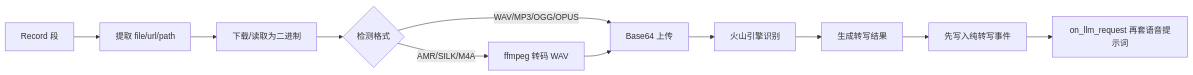
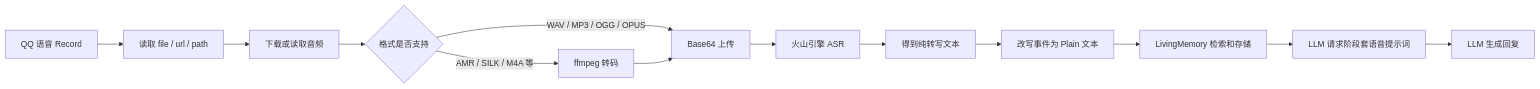
The diagram in README.md (Ayleovelle/astrbot_plugin_volcengine_asr), drawn with Mermaid before and after one commit. The commit also changed other lines of this file and 3 other files, not shown here.

````diff
--- a/README.md
+++ b/README.md
@@ -299,13 +139,15 @@
 ```mermaid
 flowchart LR
-    A[Record 段] --> B[提取 file/url/path]
-    B --> C[下载/读取为二进制]
-    C --> D{检测格式}
-    D -->|WAV/MP3/OGG/OPUS| E[Base64 上传]
-    D -->|AMR/SILK/M4A| F[ffmpeg 转码 WAV]
+    A[QQ 语音 Record] --> B[读取 file / url / path]
+    B --> C[下载或读取音频]
+    C --> D{格式是否支持}
+    D -->|WAV / MP3 / OGG / OPUS| E[Base64 上传]
+    D -->|AMR / SILK / M4A 等| F[ffmpeg 转码]
     F --> E
-    E --> G[火山引擎识别]
-    G --> H[生成转写结果]
-    H --> I[先写入纯转写事件]
-    I --> J[on_llm_request 再套语音提示词]
+    E --> G[火山引擎 ASR]
+    G --> H[得到纯转写文本]
+    H --> I[改写事件为 Plain 文本]
+    I --> J[LivingMemory 检索和存储]
+    J --> K[LLM 请求阶段套语音提示词]
+    K --> L[LLM 生成回复]
 ```
````
